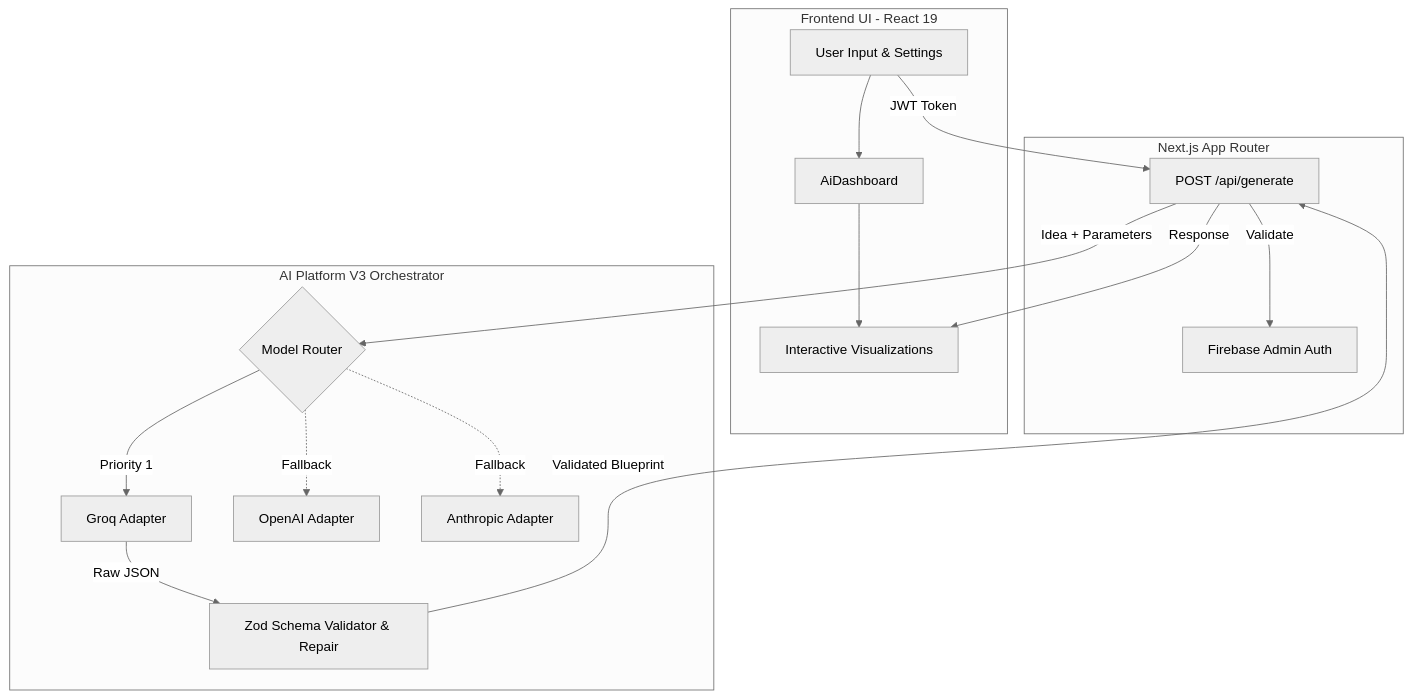
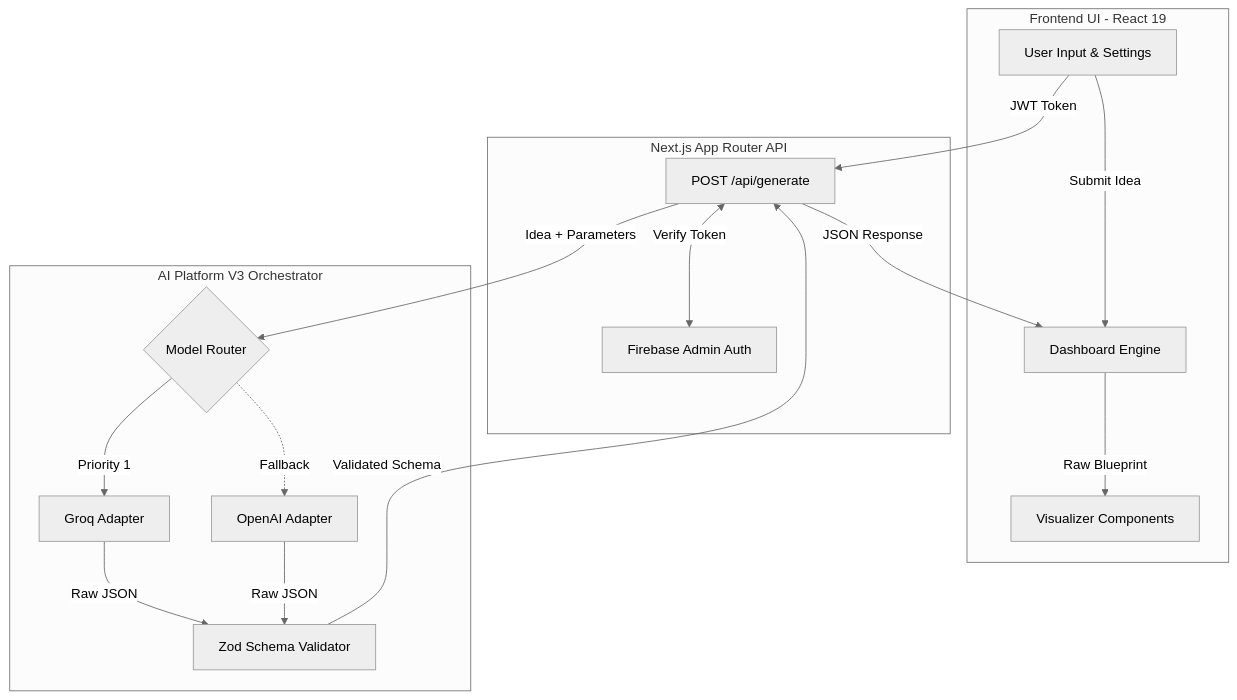
One commit to Omkar2005494/BuildFlow-AI changed the first of 4 diagrams in README.md. Above: the diagram before and after it, drawn with Mermaid (neutral theme). The commit also changed other lines of this file, not shown here.

Commit message:
docs: add sequence and state diagrams for AI cascade, fault-tolerant parser, and Firebase auth

````diff
--- a/README.md
+++ b/README.md
@@ -29,32 +31,32 @@
 ```mermaid
 graph TD
     subgraph Client [Frontend UI - React 19]
-        A[User Input & Settings] --> B[AiDashboard]
-        B --> C[Interactive Visualizations]
+        A[User Input & Settings] -->|Submit Idea| B[Dashboard Engine]
+        B -->|Raw Blueprint| C[Visualizer Components]
     end
 
-    subgraph Server [Next.js App Router]
+    subgraph Server [Next.js App Router API]
         D[POST /api/generate]
         E[Firebase Admin Auth]
     end
 
     subgraph AI_Engine [AI Platform V3 Orchestrator]
         F{Model Router}
         G[Groq Adapter]
         H[OpenAI Adapter]
-        I[Anthropic Adapter]
-        J[Zod Schema Validator & Repair]
+        I[Zod Schema Validator]
     end
 
     A -->|JWT Token| D
-    D -->|Validate| E
+    D <-->|Verify Token| E
     D -->|Idea + Parameters| F
     
     F -->|Priority 1| G
     F -.->|Fallback| H
-    F -.->|Fallback| I
     
-    G -->|Raw JSON| J
-    J -->|Validated Blueprint| D
-    D -->|Response| C
+    G -->|Raw JSON| I
+    H -->|Raw JSON| I
+    
+    I -->|Validated Schema| D
+    D -->|JSON Response| B
 ```
````
